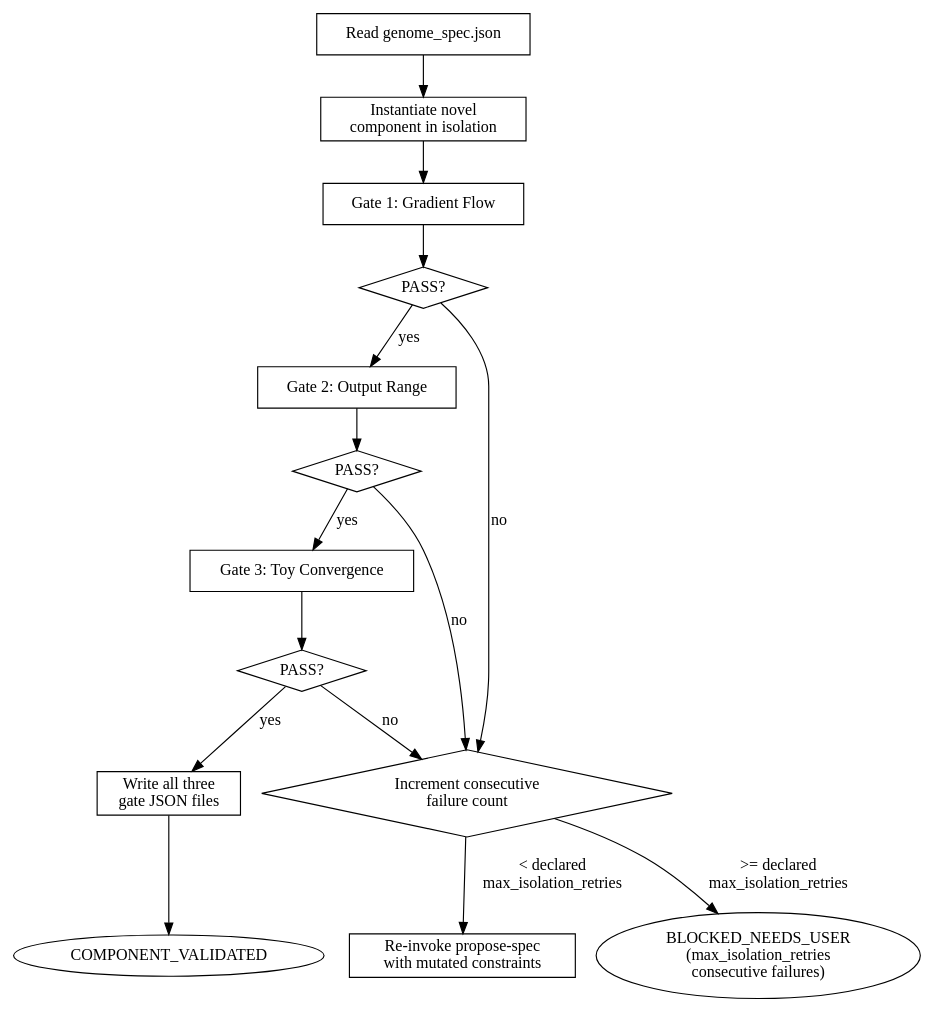
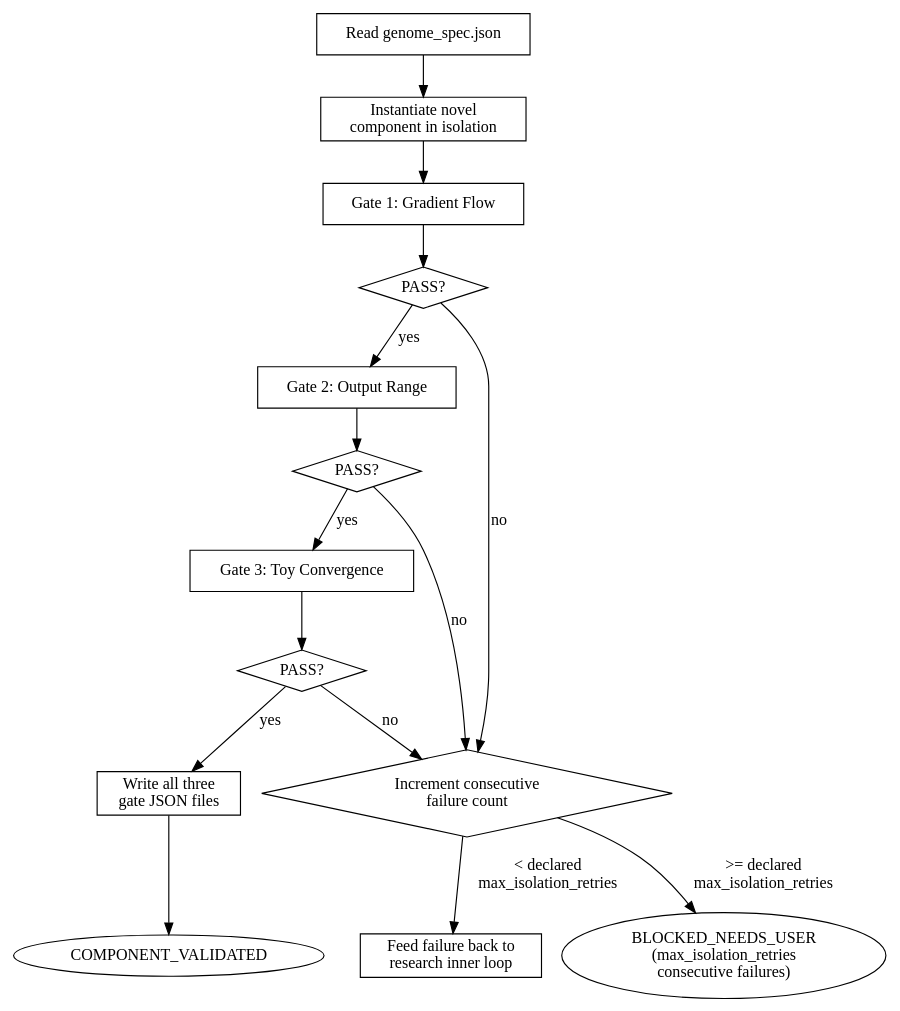
One commit to Hook12aaa/auto-discover changed the diagram in skills/isolate-component/SKILL.md. Above: the diagram before and after it, drawn with Graphviz. The commit also changed other lines of this file and 31 other files, not shown here.

````diff
--- a/skills/isolate-component/SKILL.md
+++ b/skills/isolate-component/SKILL.md
@@ -39,34 +39,34 @@
 ```dot
 digraph isolate_component {
     rankdir=TB;
     node [shape=box];
     read_spec [label="Read genome_spec.json"];
     instantiate [label="Instantiate novel\ncomponent in isolation"];
     gate1 [label="Gate 1: Gradient Flow"];
     gate1_check [label="PASS?" shape=diamond];
     gate2 [label="Gate 2: Output Range"];
     gate2_check [label="PASS?" shape=diamond];
     gate3 [label="Gate 3: Toy Convergence"];
     gate3_check [label="PASS?" shape=diamond];
     write_all [label="Write all three\ngate JSON files"];
     validated [label="COMPONENT_VALIDATED", shape=ellipse];
     count_fail [label="Increment consecutive\nfailure count" shape=diamond];
-    reinvoke [label="Re-invoke propose-spec\nwith mutated constraints"];
+    reinvoke [label="Feed failure back to\nresearch inner loop"];
     blocked [label="BLOCKED_NEEDS_USER\n(max_isolation_retries\nconsecutive failures)", shape=ellipse];
 
     read_spec -> instantiate;
     instantiate -> gate1;
     gate1 -> gate1_check;
     gate1_check -> gate2 [label="yes"];
     gate1_check -> count_fail [label="no"];
     gate2 -> gate2_check;
     gate2_check -> gate3 [label="yes"];
     gate2_check -> count_fail [label="no"];
     gate3 -> gate3_check;
     gate3_check -> write_all [label="yes"];
     gate3_check -> count_fail [label="no"];
     write_all -> validated;
     count_fail -> reinvoke [label="< declared\nmax_isolation_retries"];
     count_fail -> blocked [label=">= declared\nmax_isolation_retries"];
 }
 ```
````
